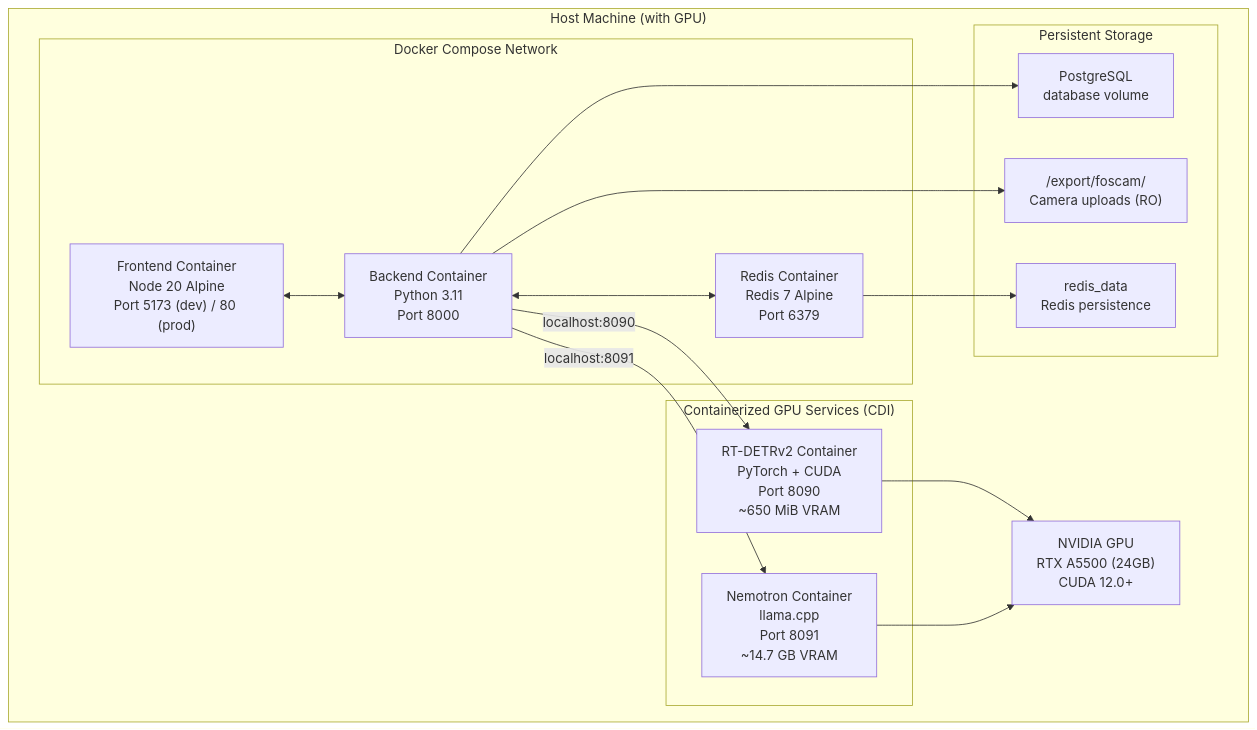
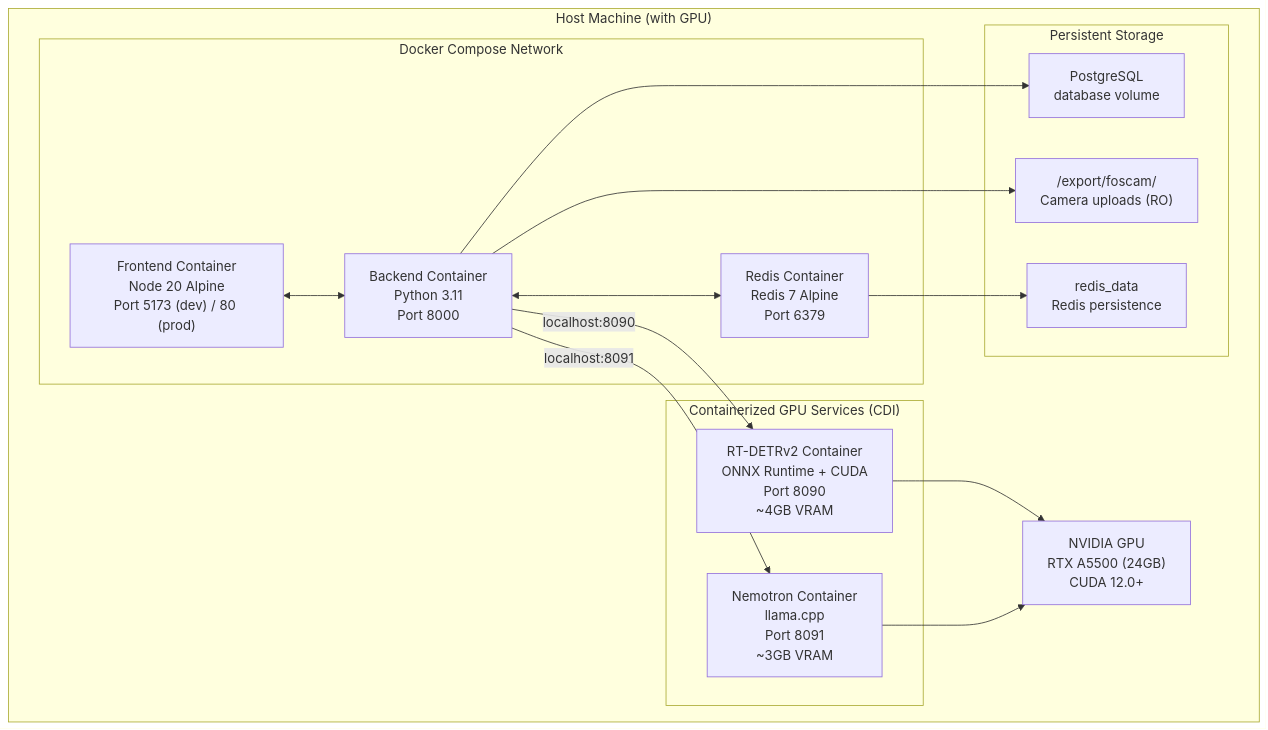
One commit to mikesvoboda/nemotron-v3-home-security-intelligence changed the second of 7 diagrams in docs/architecture/overview.md. Above: the diagram before and after it, drawn with Mermaid. The commit also changed 79 other files, not shown here.

````diff
--- a/docs/architecture/overview.md
+++ b/docs/architecture/overview.md
@@ -249,33 +249,33 @@
 ```mermaid
 flowchart TB
     subgraph Host["Host Machine (with GPU)"]
         subgraph Docker["Docker Compose Network"]
             FE["Frontend Container<br/>Node 20 Alpine<br/>Port 5173 (dev) / 80 (prod)"]
             BE["Backend Container<br/>Python 3.11<br/>Port 8000"]
             RD["Redis Container<br/>Redis 7 Alpine<br/>Port 6379"]
         end
 
         subgraph GPUContainers["Containerized GPU Services (CDI)"]
-            DET["RT-DETRv2 Container<br/>PyTorch + CUDA<br/>Port 8090<br/>~650 MiB VRAM"]
-            LLM["Nemotron Container<br/>llama.cpp<br/>Port 8091<br/>~14.7 GB VRAM"]
+            DET["RT-DETRv2 Container<br/>ONNX Runtime + CUDA<br/>Port 8090<br/>~4GB VRAM"]
+            LLM["Nemotron Container<br/>llama.cpp<br/>Port 8091<br/>~3GB VRAM"]
         end
 
         subgraph Storage["Persistent Storage"]
             VOL1["PostgreSQL<br/>database volume"]
             VOL2["/export/foscam/<br/>Camera uploads (RO)"]
             VOL3["redis_data<br/>Redis persistence"]
         end
 
         GPU["NVIDIA GPU<br/>RTX A5500 (24GB)<br/>CUDA 12.0+"]
     end
 
     FE <--> BE
     BE <--> RD
     BE -->|localhost:8090| DET
     BE -->|localhost:8091| LLM
     DET --> GPU
     LLM --> GPU
     BE --> VOL1
     BE --> VOL2
     RD --> VOL3
 ```
````
